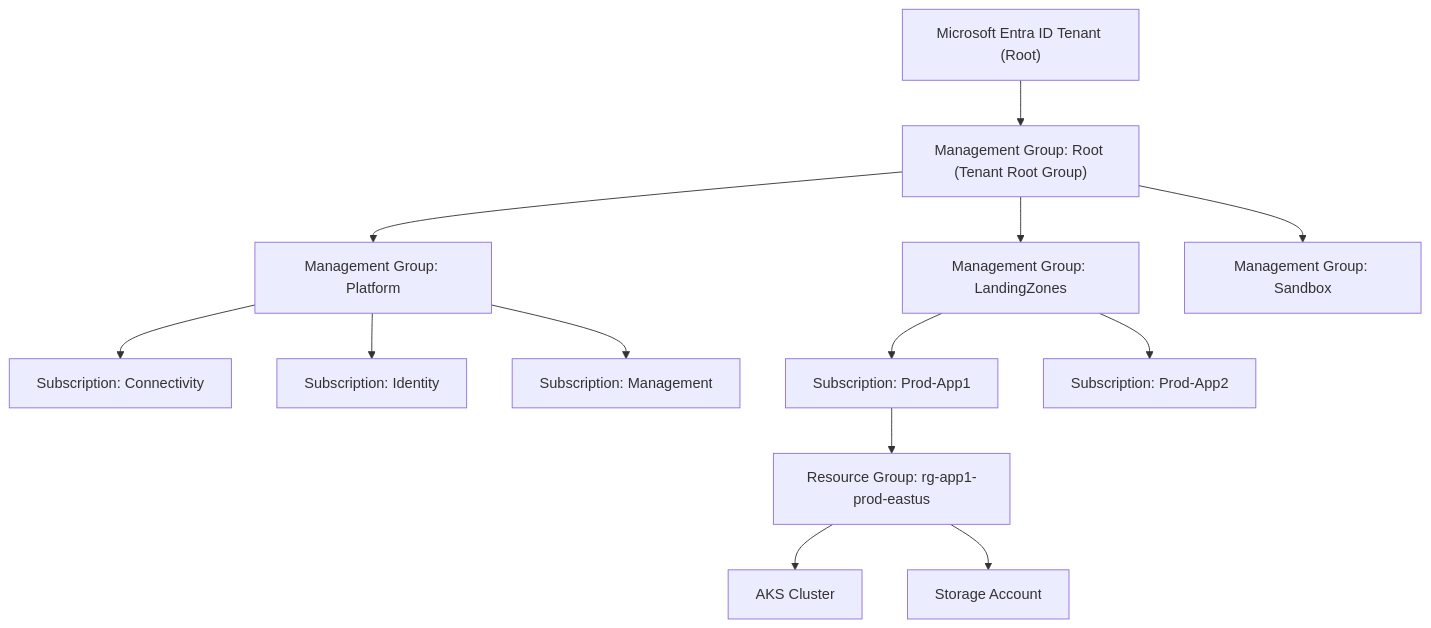
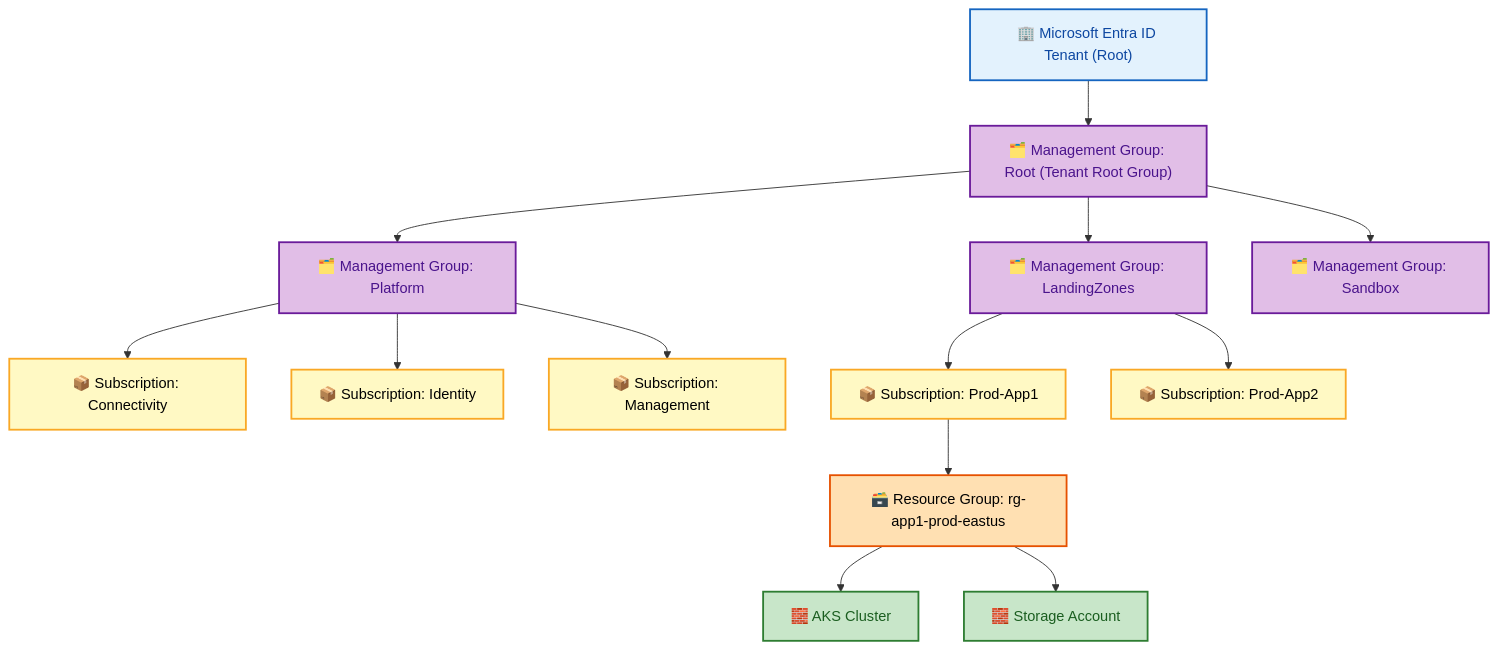
One commit to rakesh-budde/devops-guide changed the seventh of 12 diagrams in azure/README.md. Above: the diagram before and after it, drawn with Mermaid. The commit also changed other lines of this file and 73 other files, not shown here.

````diff
--- a/azure/README.md
+++ b/azure/README.md
@@ -151,16 +281,27 @@
 ```mermaid
 graph TD
-    Tenant["Microsoft Entra ID Tenant (Root)"]
-    Tenant --> MG_Root["Management Group: Root (Tenant Root Group)"]
-    MG_Root --> MG_Platform["Management Group: Platform"]
-    MG_Root --> MG_LOB["Management Group: LandingZones"]
-    MG_Root --> MG_Sandbox["Management Group: Sandbox"]
-    MG_Platform --> Sub1["Subscription: Connectivity"]
-    MG_Platform --> Sub2["Subscription: Identity"]
-    MG_Platform --> Sub3["Subscription: Management"]
-    MG_LOB --> Sub4["Subscription: Prod-App1"]
-    MG_LOB --> Sub5["Subscription: Prod-App2"]
-    Sub4 --> RG1["Resource Group: rg-app1-prod-eastus"]
-    RG1 --> Res1["AKS Cluster"]
-    RG1 --> Res2["Storage Account"]
+    Tenant["🏢 Microsoft Entra ID Tenant (Root)"]
+    Tenant --> MG_Root["🗂️ Management Group: Root (Tenant Root Group)"]
+    MG_Root --> MG_Platform["🗂️ Management Group: Platform"]
+    MG_Root --> MG_LOB["🗂️ Management Group: LandingZones"]
+    MG_Root --> MG_Sandbox["🗂️ Management Group: Sandbox"]
+    MG_Platform --> Sub1["📦 Subscription: Connectivity"]
+    MG_Platform --> Sub2["📦 Subscription: Identity"]
+    MG_Platform --> Sub3["📦 Subscription: Management"]
+    MG_LOB --> Sub4["📦 Subscription: Prod-App1"]
+    MG_LOB --> Sub5["📦 Subscription: Prod-App2"]
+    Sub4 --> RG1["🗃️ Resource Group: rg-app1-prod-eastus"]
+    RG1 --> Res1["🧱 AKS Cluster"]
+    RG1 --> Res2["🧱 Storage Account"]
+    class Tenant start
+    class MG_Root,MG_Platform,MG_LOB,MG_Sandbox ctrl
+    class Sub1,Sub2,Sub3,Sub4,Sub5 proc
+    class RG1 store
+    class Res1,Res2 good
+    classDef start fill:#e3f2fd,stroke:#1565c0,color:#0d47a1,stroke-width:2px;
+    classDef proc fill:#fff9c4,stroke:#f9a825,color:#000,stroke-width:2px;
+    classDef good fill:#c8e6c9,stroke:#2e7d32,color:#1b5e20,stroke-width:2px;
+    classDef bad fill:#ffcdd2,stroke:#c62828,color:#b71c1c,stroke-width:2px;
+    classDef ctrl fill:#e1bee7,stroke:#6a1b9a,color:#4a148c,stroke-width:2px;
+    classDef store fill:#ffe0b2,stroke:#e65100,color:#000,stroke-width:2px;
 ```
````
